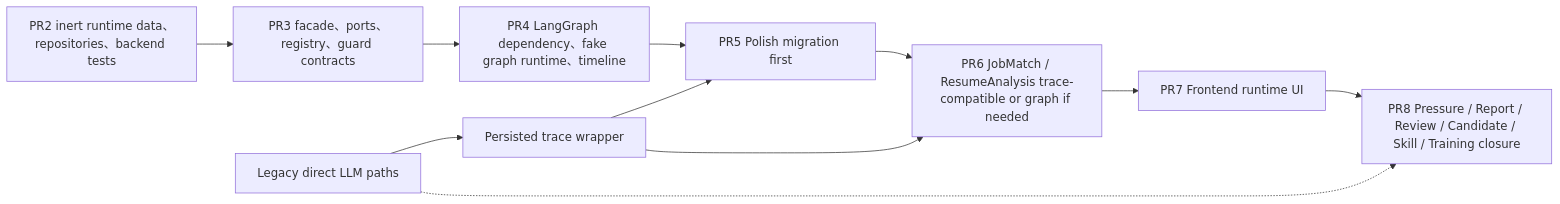
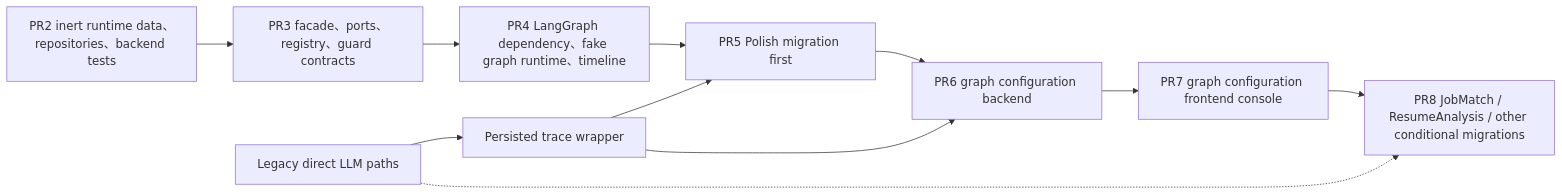
Diagram 11 of 11 in docs/03-delivery/refactor-multiagent-langgraph-implementation/01_ARCHITECTURE_ASIS_TOBE.md (linxiecoder/AiForInterviewer), drawn with Mermaid before and after one commit. The commit also changed other lines of this file and 10 other files, not shown here.

Commit message:
roadmap correction + graph configuration plan

````diff
--- a/docs/03-delivery/refactor-multiagent-langgraph-implementation/01_ARCHITECTURE_ASIS_TOBE.md
+++ b/docs/03-delivery/refactor-multiagent-langgraph-implementation/01_ARCHITECTURE_ASIS_TOBE.md
@@ -743,14 +753,14 @@
 ```mermaid
 flowchart LR
   PR2["PR2 inert runtime data、repositories、backend tests"] --> PR3["PR3 facade、ports、registry、guard contracts"]
   PR3 --> PR4["PR4 LangGraph dependency、fake graph runtime、timeline"]
   PR4 --> PR5["PR5 Polish migration first"]
-  PR5 --> PR6["PR6 JobMatch / ResumeAnalysis trace-compatible or graph if needed"]
-  PR6 --> PR7["PR7 Frontend runtime UI"]
-  PR7 --> PR8["PR8 Pressure / Report / Review / Candidate / Skill / Training closure"]
+  PR5 --> PR6["PR6 graph configuration backend"]
+  PR6 --> PR7["PR7 graph configuration frontend console"]
+  PR7 --> PR8["PR8 JobMatch / ResumeAnalysis / other conditional migrations"]
 
   Legacy["Legacy direct LLM paths"] --> Wrap["Persisted trace wrapper"]
   Wrap --> PR6
   Wrap --> PR5
   Legacy -.-> PR8
 ```
````
